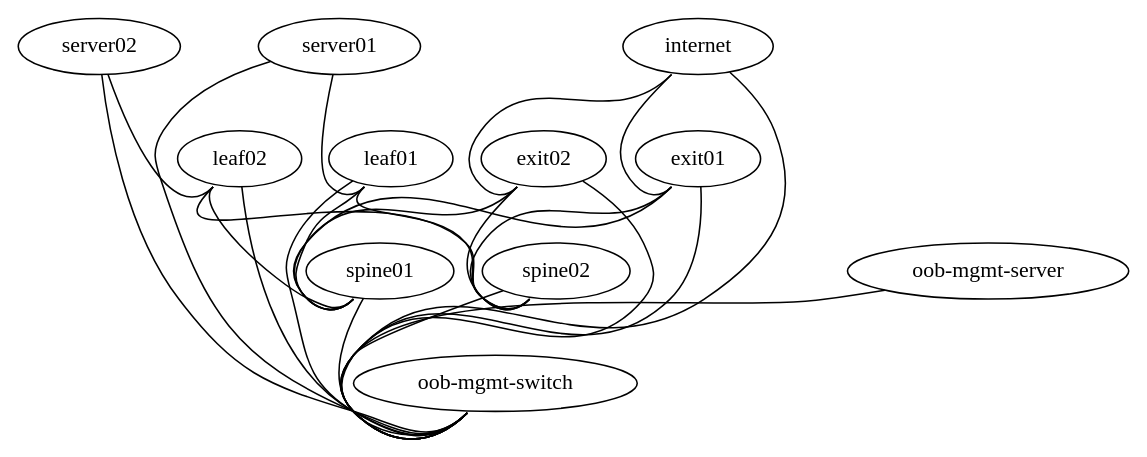
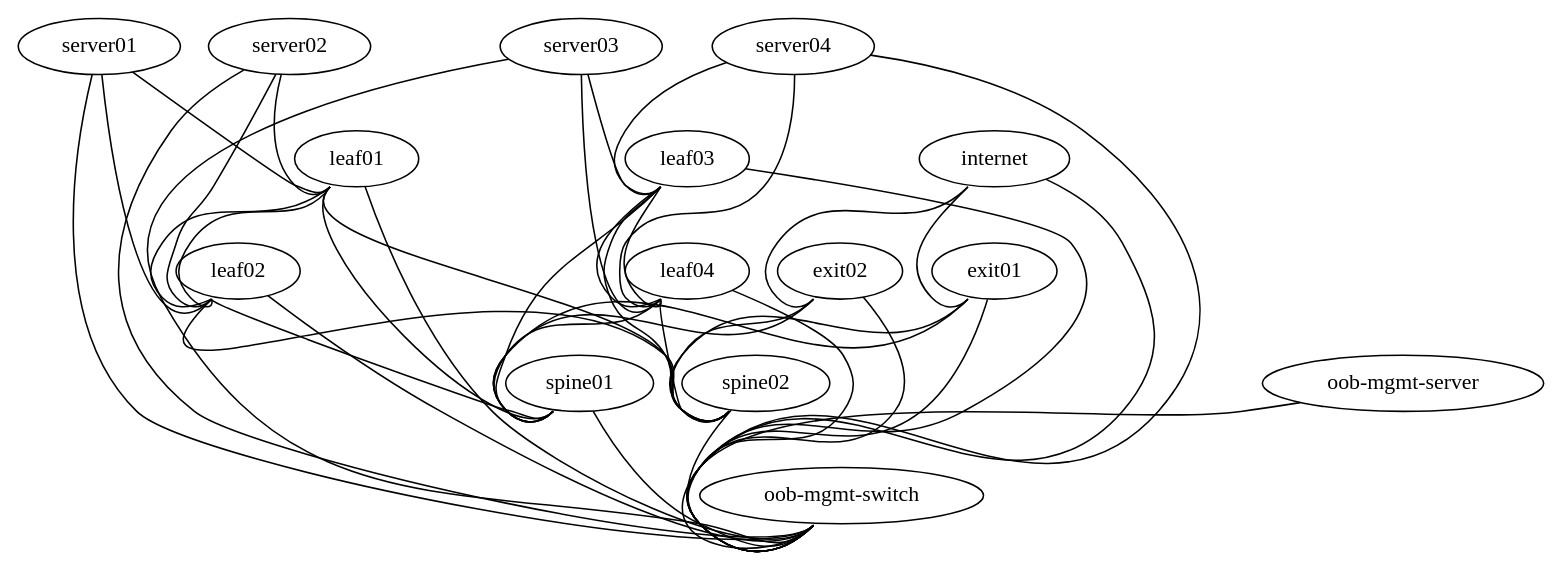
The diagram in topology.dot (Cloudofyou/cconp-lab), drawn with Graphviz before and after one commit. The commit also changed 3 other files, not shown here.

```diff
--- a/topology.dot
+++ b/topology.dot
@@ -1,40 +1,62 @@
 graph vx {
  "leaf01" [function="leaf" os="CumulusCommunity/cumulus-vx" version="3.7.3" memory="768" config="./helper_scripts/config_switch.sh" ]
  "leaf02" [function="leaf" os="CumulusCommunity/cumulus-vx" version="3.7.3" memory="768" config="./helper_scripts/config_switch.sh" ]
+ "leaf03" [function="leaf" os="CumulusCommunity/cumulus-vx" version="3.7.3" memory="768" config="./helper_scripts/config_switch.sh" ]
+ "leaf04" [function="leaf" os="CumulusCommunity/cumulus-vx" version="3.7.3" memory="768" config="./helper_scripts/config_switch.sh" ]
  "spine01" [function="spine" os="CumulusCommunity/cumulus-vx" version="3.7.3" memory="768" config="./helper_scripts/config_switch.sh" ]
  "spine02" [function="spine" os="CumulusCommunity/cumulus-vx" version="3.7.3" memory="768" config="./helper_scripts/config_switch.sh" ]
  "exit01" [function="exit" os="CumulusCommunity/cumulus-vx" version="3.7.3" memory="768" config="./helper_scripts/config_switch.sh" ]
  "exit02" [function="exit" os="CumulusCommunity/cumulus-vx" version="3.7.3" memory="768" config="./helper_scripts/config_switch.sh" ]
  "server01" [function="host" os="yk0/ubuntu-xenial" memory="512" config="./helper_scripts/config_server.sh" ]
  "server02" [function="host" os="yk0/ubuntu-xenial" memory="512" config="./helper_scripts/config_server.sh" ]
+ "server03" [function="host" os="yk0/ubuntu-xenial" memory="512" config="./helper_scripts/config_server.sh" ]
+ "server04" [function="host" os="yk0/ubuntu-xenial" memory="512" config="./helper_scripts/config_server.sh" ]
  "internet" [function="internet" vagrant="swp48" os="CumulusCommunity/cumulus-vx" version="3.7.3" memory="768" config="./helper_scripts/config_internet.sh" ]
  "oob-mgmt-switch" [function="oob-switch" vagrant="eth0" os="CumulusCommunity/cumulus-vx" version="3.7.3" memory="768" config="./helper_scripts/config_oob_switch.sh" ]
  "oob-mgmt-server" [function="oob-server" vagrant="eth0" os="CumulusCommunity/vx_oob_server" version="1.0.4" memory="1024" config="./helper_scripts/config_oob_server.sh" ]
 
- "leaf01":"swp51" -- "spine01":"swp1"
- "leaf02":"swp51" -- "spine01":"swp2"
- "leaf01":"swp52" -- "spine02":"swp1"
- "leaf02":"swp52" -- "spine02":"swp2"
+ "leaf01":"swp31" -- "spine01":"swp1"
+ "leaf02":"swp31" -- "spine01":"swp2"
+ "leaf03":"swp31" -- "spine01":"swp3"
+ "leaf04":"swp31" -- "spine01":"swp4"
+ "exit01":"swp31" -- "spine01":"swp5"
+ "exit02":"swp31" -- "spine01":"swp6"
+ "leaf01":"swp32" -- "spine02":"swp1"
+ "leaf02":"swp32" -- "spine02":"swp2"
+ "leaf03":"swp32" -- "spine02":"swp3"
+ "leaf04":"swp32" -- "spine02":"swp4"
+ "exit01":"swp32" -- "spine02":"swp5"
+ "exit02":"swp32" -- "spine02":"swp6"
 
  "server01":"eth1" -- "leaf01":"swp1" [left_mac="00:03:00:11:11:01"]
+ "server01":"eth2" -- "leaf02":"swp1" [left_mac="00:03:00:11:11:02"]
+ "server02":"eth1" -- "leaf01":"swp2" [left_mac="00:03:00:22:22:01"]
  "server02":"eth2" -- "leaf02":"swp2" [left_mac="00:03:00:22:22:02"]
-
- "exit01":"swp51" -- "spine01":"swp30"
- "exit01":"swp52" -- "spine02":"swp30"
- "exit02":"swp51" -- "spine01":"swp29"
- "exit02":"swp52" -- "spine02":"swp29"
+ "server03":"eth1" -- "leaf03":"swp1" [left_mac="00:03:00:33:33:01"]
+ "server03":"eth2" -- "leaf04":"swp1" [left_mac="00:03:00:33:33:02"]
+ "server04":"eth1" -- "leaf03":"swp2" [left_mac="00:03:00:44:44:01"]
+ "server04":"eth2" -- "leaf04":"swp2" [left_mac="00:03:00:44:44:02"]
 
  "internet":"swp1" -- "exit01":"swp44"
  "internet":"swp2" -- "exit02":"swp44"
 
+ "leaf01":"swp29" -- "leaf02":"swp29"
+ "leaf01":"swp30" -- "leaf02":"swp30"
+ "leaf03":"swp29" -- "leaf04":"swp29"
+ "leaf03":"swp30" -- "leaf04":"swp30"
+
  "oob-mgmt-server":"eth1" -- "oob-mgmt-switch":"swp1" [right_mac="a0:00:00:00:00:61"]
  "server01":"eth0" -- "oob-mgmt-switch":"swp2" [left_mac="a0:00:00:00:00:31"]
  "server02":"eth0" -- "oob-mgmt-switch":"swp3" [left_mac="a0:00:00:00:00:32"]
+ "server03":"eth0" -- "oob-mgmt-switch":"swp4" [left_mac="a0:00:00:00:00:33"]
+ "server04":"eth0" -- "oob-mgmt-switch":"swp5" [left_mac="a0:00:00:00:00:34"]
  "leaf01":"eth0" -- "oob-mgmt-switch":"swp6" [left_mac="a0:00:00:00:00:11"]
  "leaf02":"eth0" -- "oob-mgmt-switch":"swp7" [left_mac="a0:00:00:00:00:12"]
+ "leaf03":"eth0" -- "oob-mgmt-switch":"swp8" [left_mac="a0:00:00:00:00:13"]
+ "leaf04":"eth0" -- "oob-mgmt-switch":"swp9" [left_mac="a0:00:00:00:00:14"]
  "spine01":"eth0" -- "oob-mgmt-switch":"swp10" [left_mac="a0:00:00:00:00:21"]
  "spine02":"eth0" -- "oob-mgmt-switch":"swp11" [left_mac="a0:00:00:00:00:22"]
  "exit01":"eth0" -- "oob-mgmt-switch":"swp12" [left_mac="a0:00:00:00:00:41"]
  "exit02":"eth0" -- "oob-mgmt-switch":"swp13" [left_mac="a0:00:00:00:00:42"]
  "internet":"eth0" -- "oob-mgmt-switch":"swp15" [left_mac="a0:00:00:00:00:50"]
 }
```
